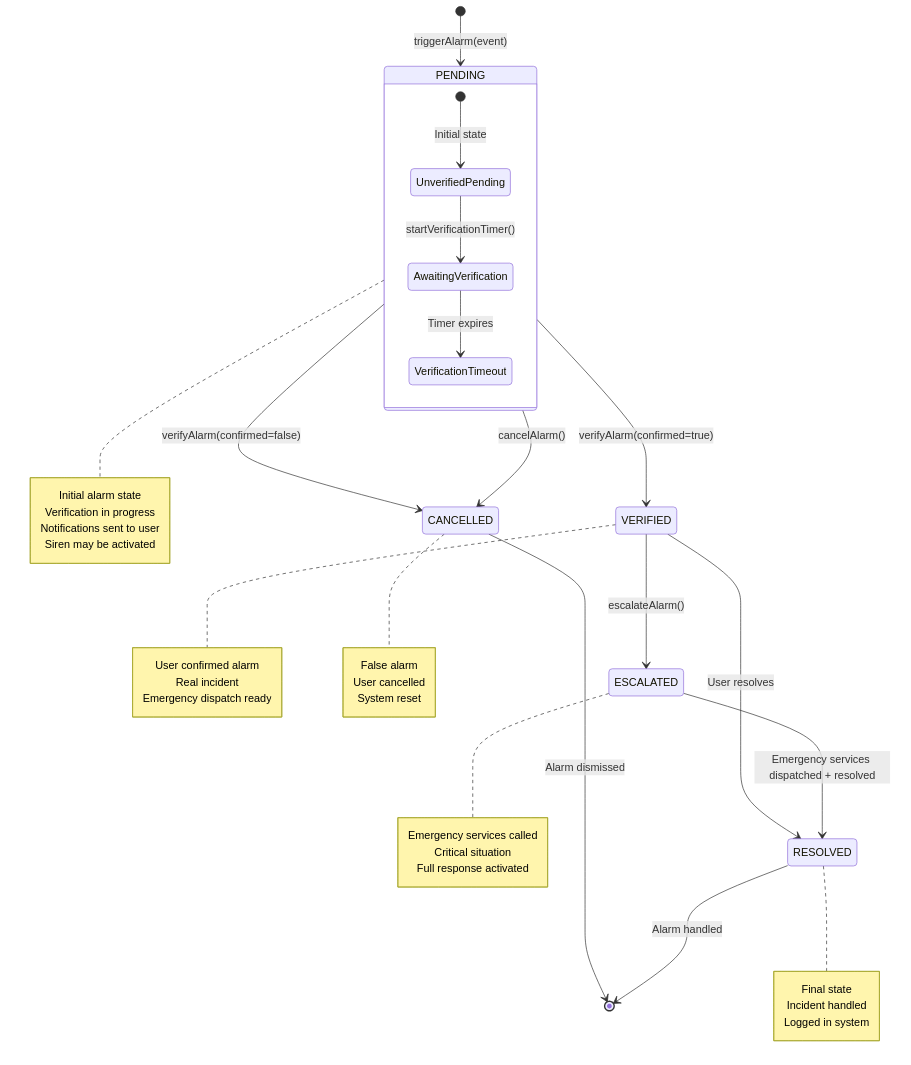
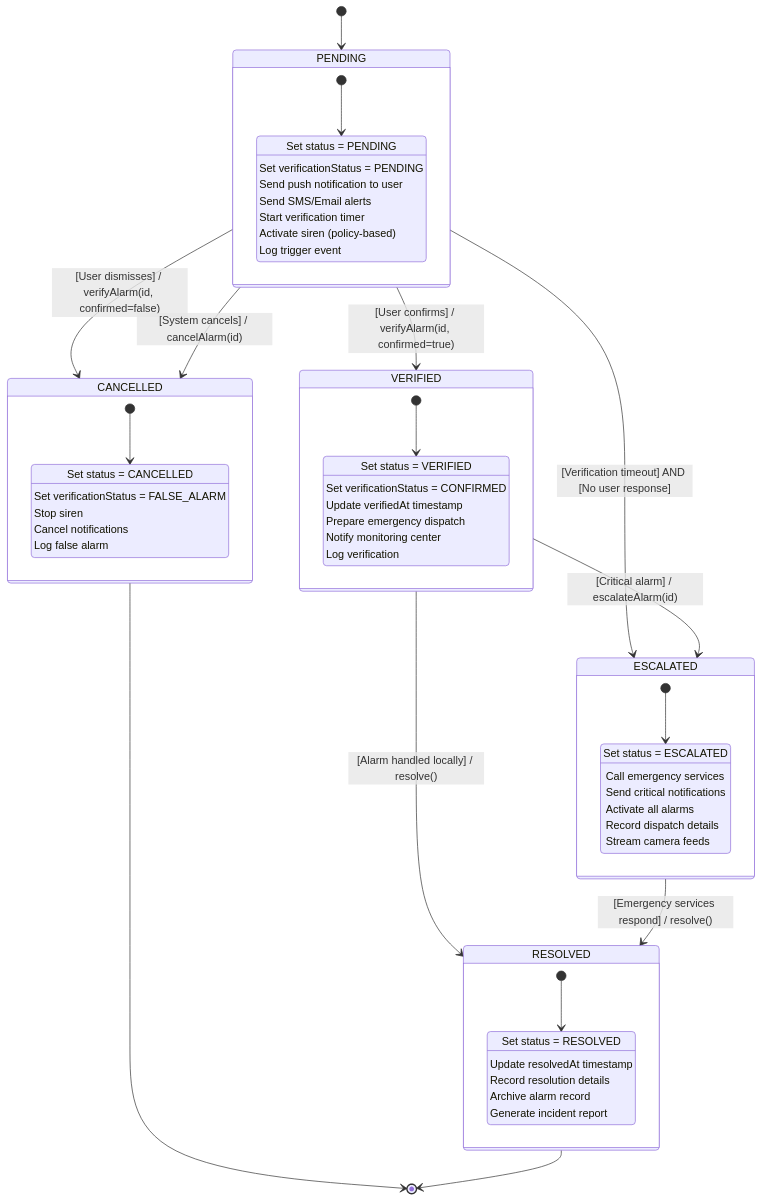
One commit to mj010101/swe_25f changed the third of 8 diagrams in diagrams/state_diagrams.md. Above: the diagram before and after it, drawn with Mermaid. The commit also changed other lines of this file, not shown here.

Commit message:
fix: state diagrams

````diff
--- a/diagrams/state_diagrams.md
+++ b/diagrams/state_diagrams.md
@@ -151,53 +160,66 @@
 ```mermaid
 stateDiagram-v2
-    [*] --> PENDING: triggerAlarm(event)
+    [*] --> PENDING
 
     state PENDING {
-        [*] --> UnverifiedPending: Initial state
-        UnverifiedPending --> AwaitingVerification: startVerificationTimer()
-        AwaitingVerification --> VerificationTimeout: Timer expires
+        [*] --> Verifying
+        Verifying: Set status = PENDING
+        Verifying: Set verificationStatus = PENDING
+        Verifying: Send push notification to user
+        Verifying: Send SMS/Email alerts
+        Verifying: Start verification timer
+        Verifying: Activate siren (policy-based)
+        Verifying: Log trigger event
     }
 
-    PENDING --> VERIFIED: verifyAlarm(confirmed=true)
-    PENDING --> CANCELLED: verifyAlarm(confirmed=false)
-    PENDING --> CANCELLED: cancelAlarm()
+    state VERIFIED {
+        [*] --> Confirmed
+        Confirmed: Set status = VERIFIED
+        Confirmed: Set verificationStatus = CONFIRMED
+        Confirmed: Update verifiedAt timestamp
+        Confirmed: Prepare emergency dispatch
+        Confirmed: Notify monitoring center
+        Confirmed: Log verification
+    }
 
-    VERIFIED --> ESCALATED: escalateAlarm()
-    VERIFIED --> RESOLVED: User resolves
+    state ESCALATED {
+        [*] --> Dispatching
+        Dispatching: Set status = ESCALATED
+        Dispatching: Call emergency services
+        Dispatching: Send critical notifications
+        Dispatching: Activate all alarms
+        Dispatching: Record dispatch details
+        Dispatching: Stream camera feeds
+    }
+
+    state CANCELLED {
+        [*] --> Dismissing
+        Dismissing: Set status = CANCELLED
+        Dismissing: Set verificationStatus = FALSE_ALARM
+        Dismissing: Stop siren
+        Dismissing: Cancel notifications
+        Dismissing: Log false alarm
+    }
+
+    state RESOLVED {
+        [*] --> Closing
+        Closing: Set status = RESOLVED
+        Closing: Update resolvedAt timestamp
+        Closing: Record resolution details
+        Closing: Archive alarm record
+        Closing: Generate incident report
+    }
+
+    PENDING --> VERIFIED: [User confirms] / verifyAlarm(id, confirmed=true)
+    PENDING --> CANCELLED: [User dismisses] / verifyAlarm(id, confirmed=false)
+    PENDING --> CANCELLED: [System cancels] / cancelAlarm(id)
+    PENDING --> ESCALATED: [Verification timeout] AND [No user response]
+
+    VERIFIED --> ESCALATED: [Critical alarm] / escalateAlarm(id)
+    VERIFIED --> RESOLVED: [Alarm handled locally] / resolve()
     
-    ESCALATED --> RESOLVED: Emergency services dispatched + resolved
+    ESCALATED --> RESOLVED: [Emergency services respond] / resolve()
     
-    CANCELLED --> [*]: Alarm dismissed
-    RESOLVED --> [*]: Alarm handled
-
-    note right of PENDING
-        Initial alarm state
-        Verification in progress
-        Notifications sent to user
-        Siren may be activated
-    end note
-
-    note right of VERIFIED
-        User confirmed alarm
-        Real incident
-        Emergency dispatch ready
-    end note
-
-    note right of ESCALATED
-        Emergency services called
-        Critical situation
-        Full response activated
-    end note
-
-    note right of CANCELLED
-        False alarm
-        User cancelled
-        System reset
-    end note
-
-    note right of RESOLVED
-        Final state
-        Incident handled
-        Logged in system
-    end note
+    CANCELLED --> [*]
+    RESOLVED --> [*]
 ```
````
